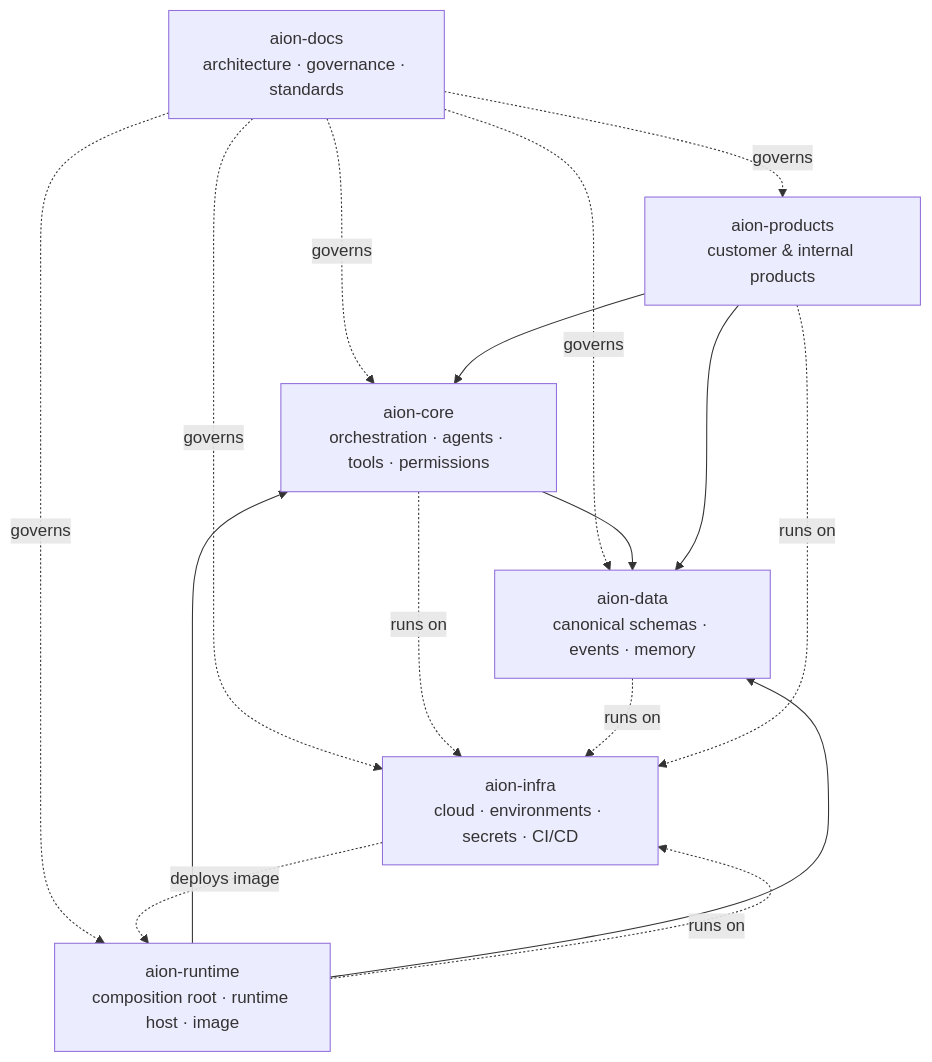
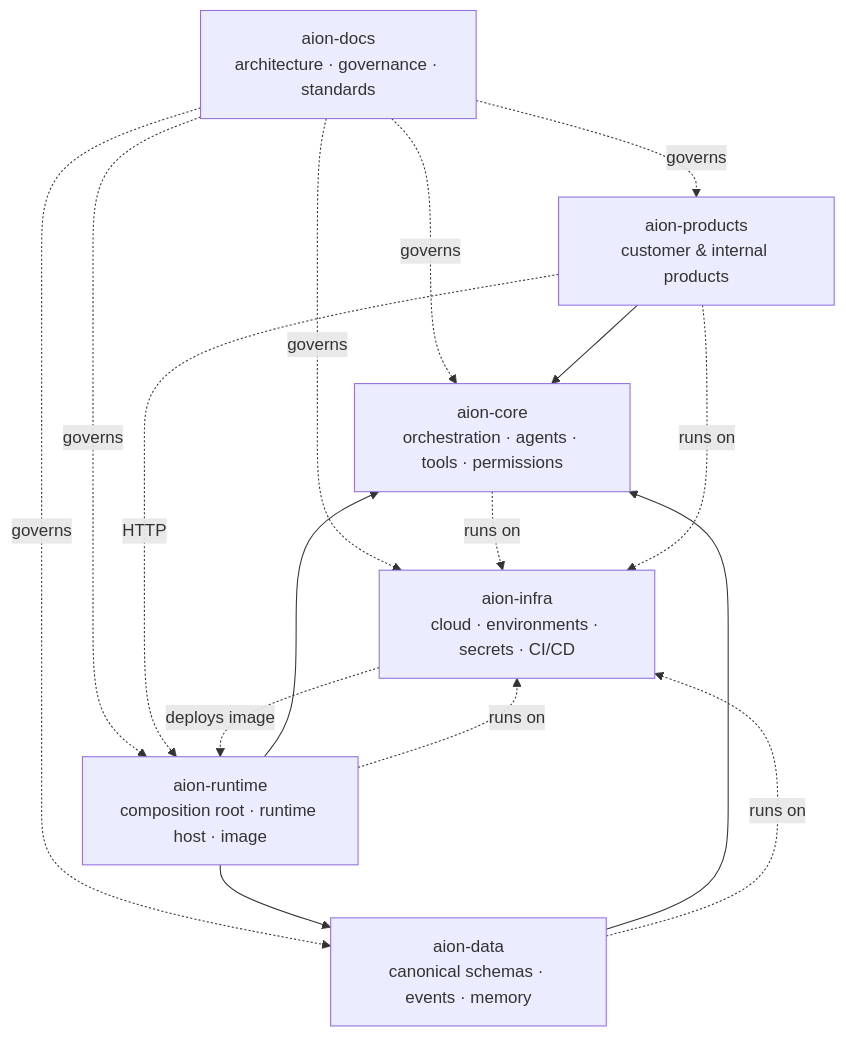
Before and after one commit to Ceoloo/aion-docs: the diagram in repositories/README.md, drawn with Mermaid. The commit also changed other lines of this file and 10 other files, not shown here.

````diff
--- a/repositories/README.md
+++ b/repositories/README.md
@@ -12,21 +12,21 @@
 ```mermaid
 flowchart TD
     DOCS["aion-docs<br/>architecture · governance · standards"]
     CORE["aion-core<br/>orchestration · agents · tools · permissions"]
     DATA["aion-data<br/>canonical schemas · events · memory"]
     RUNTIME["aion-runtime<br/>composition root · runtime host · image"]
     INFRA["aion-infra<br/>cloud · environments · secrets · CI/CD"]
     PROD["aion-products<br/>customer & internal products"]
 
     DOCS -.governs.-> CORE & DATA & RUNTIME & INFRA & PROD
-    CORE --> DATA
+    DATA --> CORE
     RUNTIME --> CORE
     RUNTIME --> DATA
     PROD --> CORE
-    PROD --> DATA
+    PROD -.HTTP.-> RUNTIME
     CORE -.runs on.-> INFRA
     DATA -.runs on.-> INFRA
     RUNTIME -.runs on.-> INFRA
     PROD -.runs on.-> INFRA
     INFRA -."deploys image".-> RUNTIME
 ```
````
